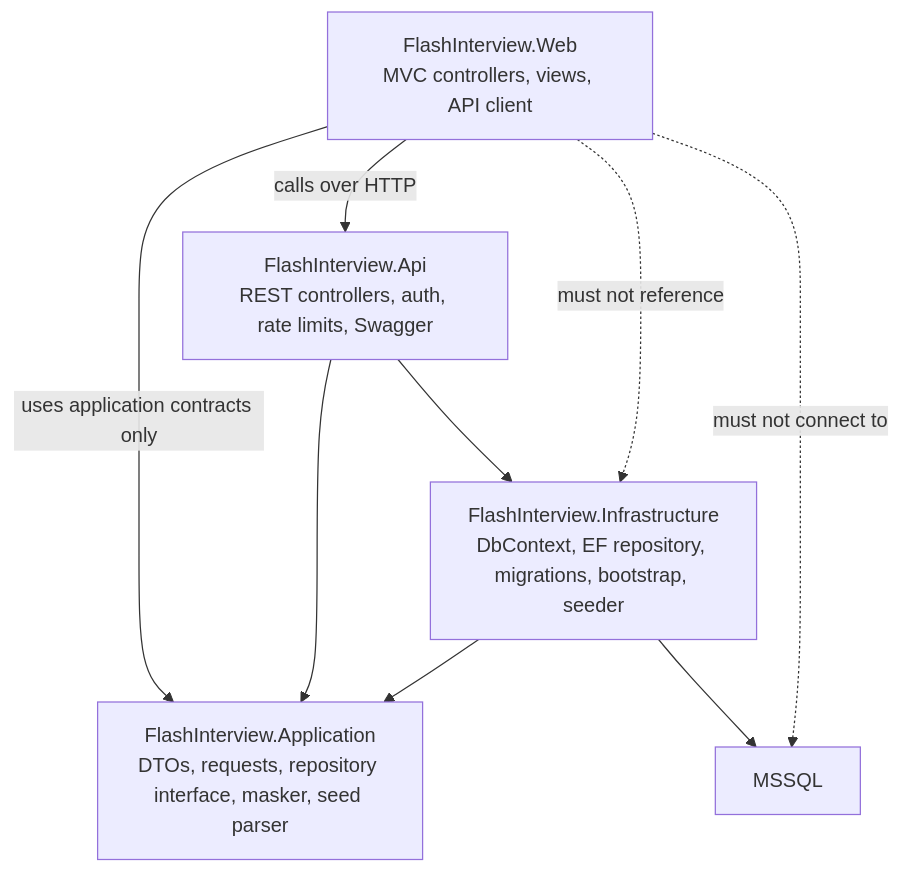
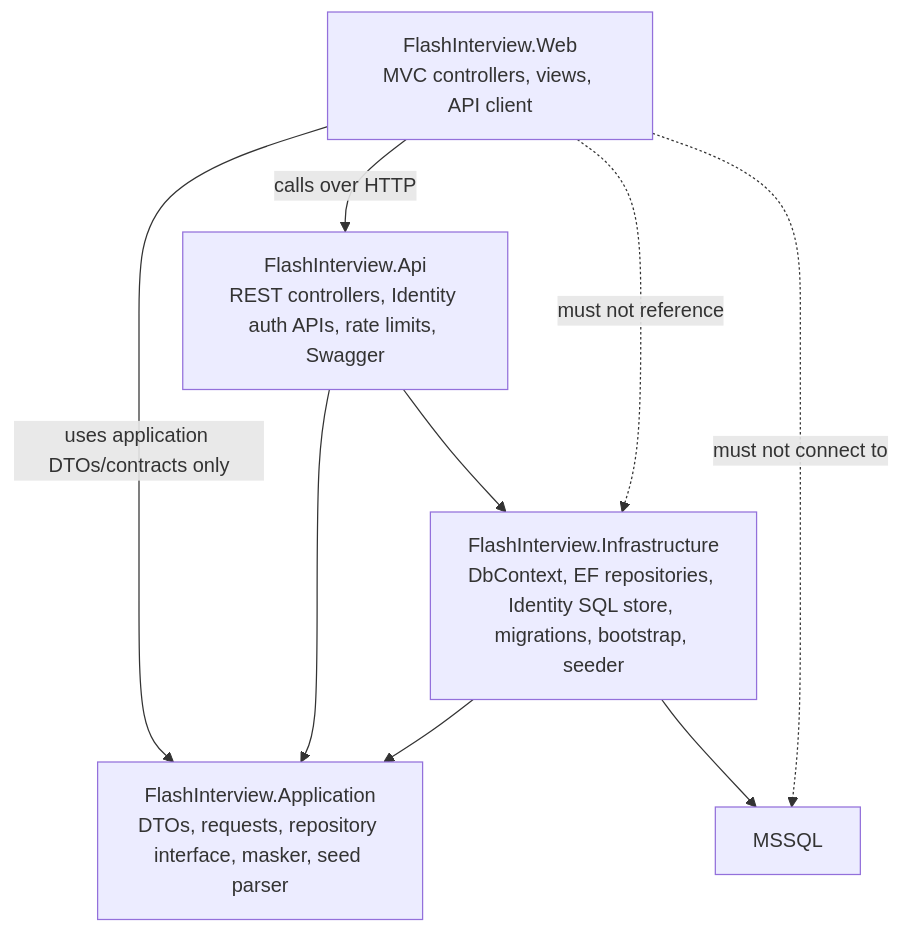
The second of 7 diagrams in README.md (Jc-Cloete/flash-interview), drawn with Mermaid before and after one commit. The commit also changed other lines of this file and 6 other files, not shown here.

````diff
--- a/README.md
+++ b/README.md
@@ -39,18 +40,18 @@
 ```mermaid
 flowchart TB
     WebLayer["FlashInterview.Web<br/>MVC controllers, views, API client"]
-    ApiLayer["FlashInterview.Api<br/>REST controllers, auth, rate limits, Swagger"]
+    ApiLayer["FlashInterview.Api<br/>REST controllers, Identity auth APIs, rate limits, Swagger"]
     ApplicationLayer["FlashInterview.Application<br/>DTOs, requests, repository interface, masker, seed parser"]
-    InfrastructureLayer["FlashInterview.Infrastructure<br/>DbContext, EF repository, migrations, bootstrap, seeder"]
+    InfrastructureLayer["FlashInterview.Infrastructure<br/>DbContext, EF repositories, Identity SQL store, migrations, bootstrap, seeder"]
     Database["MSSQL"]
 
-    WebLayer -->|"uses application contracts only"| ApplicationLayer
+    WebLayer -->|"uses application DTOs/contracts only"| ApplicationLayer
     WebLayer -->|"calls over HTTP"| ApiLayer
     ApiLayer --> ApplicationLayer
     ApiLayer --> InfrastructureLayer
     InfrastructureLayer --> ApplicationLayer
     InfrastructureLayer --> Database
 
     WebLayer -. "must not reference" .-> InfrastructureLayer
     WebLayer -. "must not connect to" .-> Database
 ```
````
